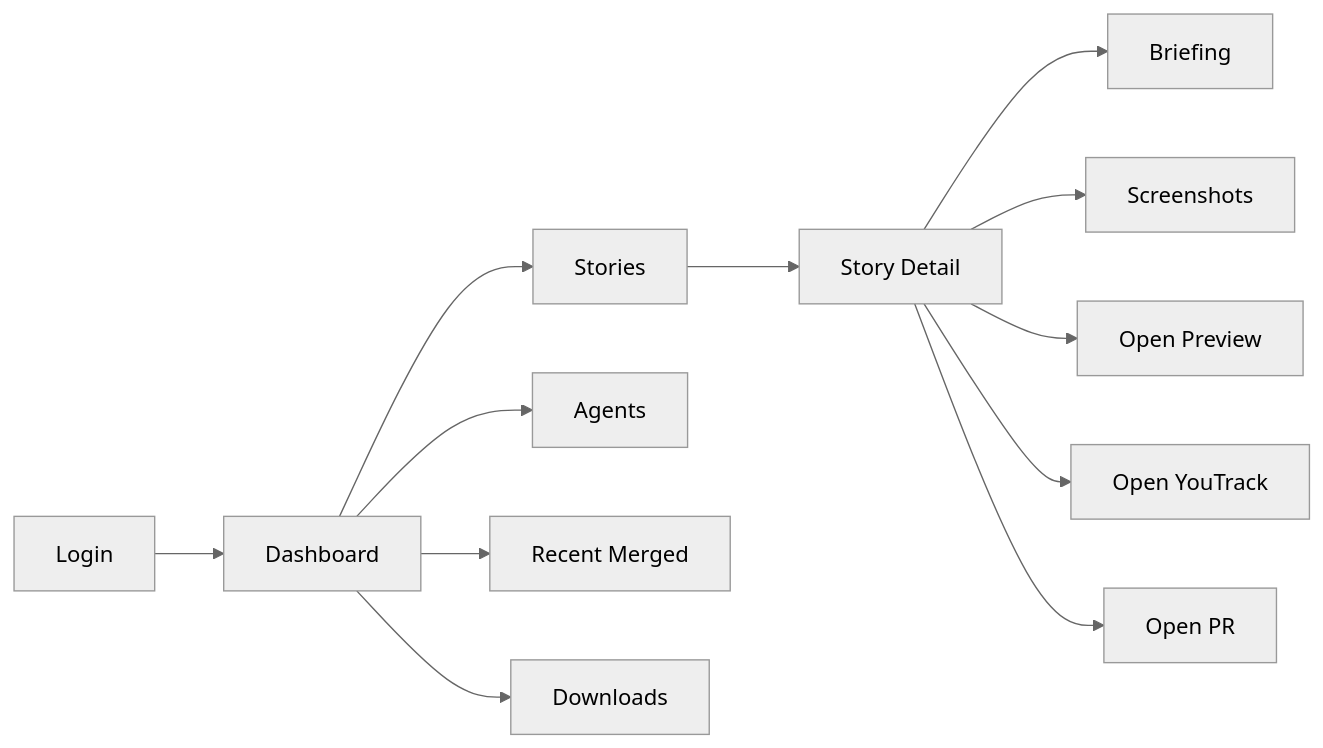
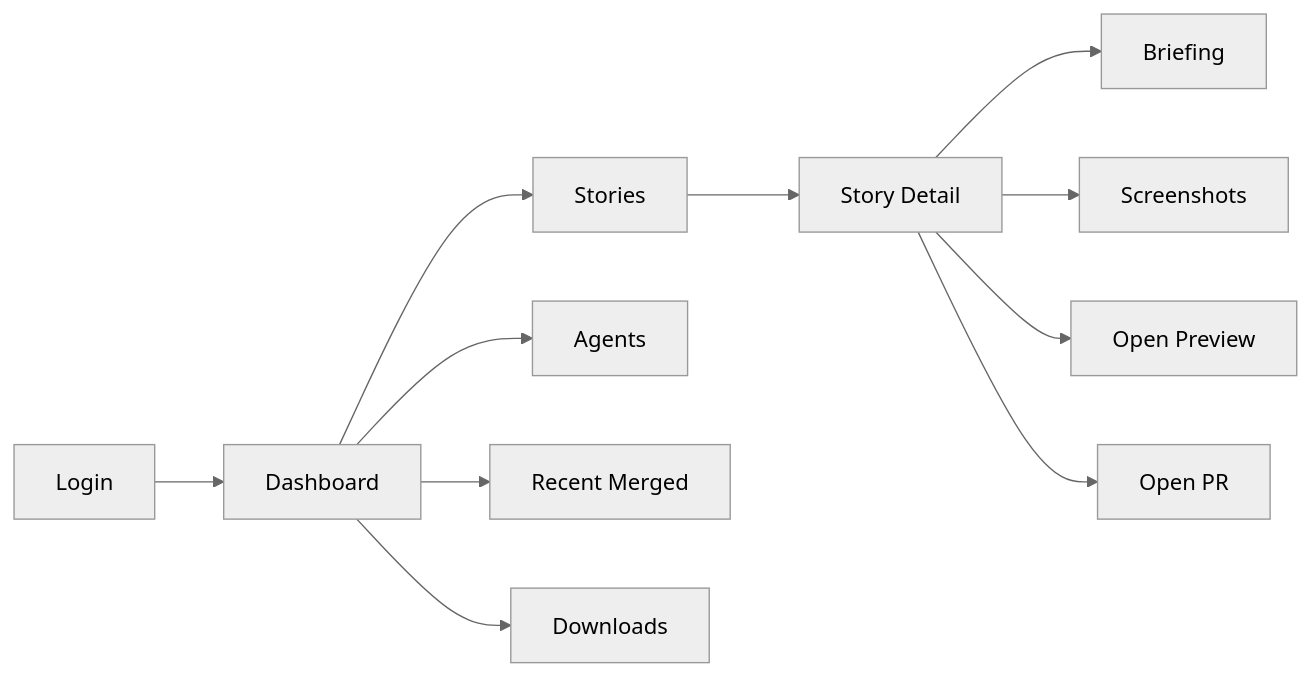
Before and after one commit to robbertvdzon/software-factory: the diagram in docs/factory/ux/screen-map.md, drawn with Mermaid (neutral theme). The commit also changed other lines of this file and 24 other files, not shown here.

First line of the commit message:
docs: verwijder resterende YouTrack-referenties uit documentatie

````diff
--- a/docs/factory/ux/screen-map.md
+++ b/docs/factory/ux/screen-map.md
@@ -53,14 +53,13 @@
 ```mermaid
 flowchart LR
     Login["Login"] --> Dashboard["Dashboard"]
     Dashboard --> Stories["Stories"]
     Stories --> Detail["Story Detail"]
     Detail --> Briefing["Briefing"]
     Detail --> Screenshots["Screenshots"]
     Detail --> Preview["Open Preview"]
-    Detail --> YouTrack["Open YouTrack"]
     Detail --> PullRequest["Open PR"]
     Dashboard --> Agents["Agents"]
     Dashboard --> Merged["Recent Merged"]
     Dashboard --> Downloads["Downloads"]
 ```
````
